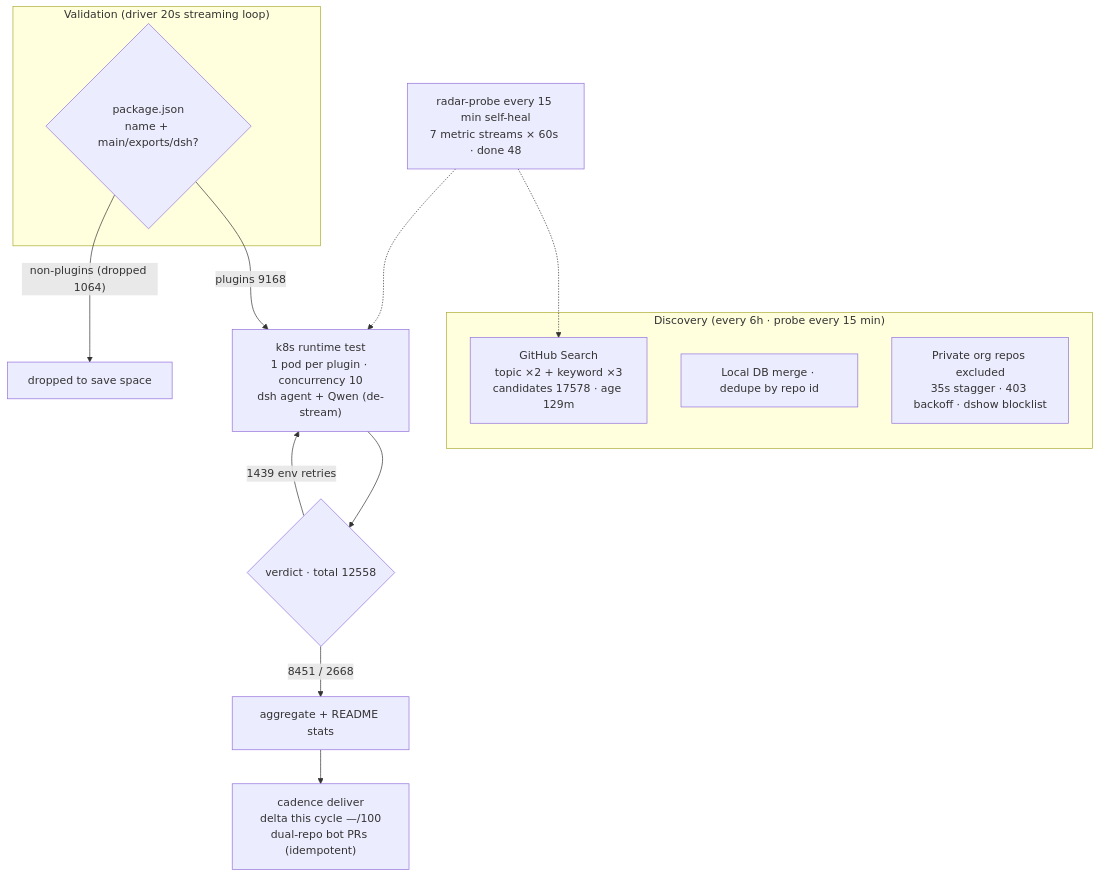
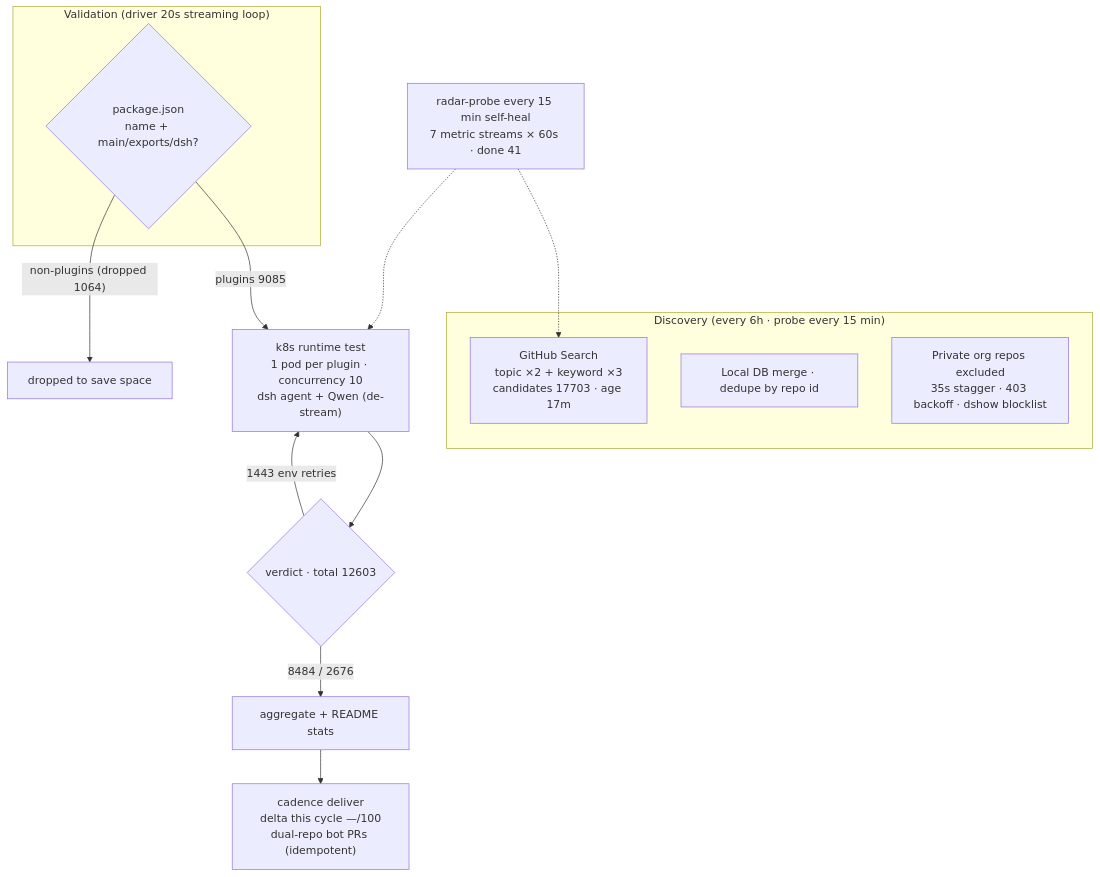
One commit to Zhidao-Lab-OSS/awesome-dsh-plugins changed the diagram in README.en-US.md. Above: the diagram before and after it, drawn with Mermaid. The commit also changed other lines of this file and 1 other file, not shown here.

````diff
--- a/README.en-US.md
+++ b/README.en-US.md
@@ -45,20 +45,20 @@
 ```mermaid
 flowchart TB
     subgraph Discovery["Discovery (every 6h · probe every 15 min)"]
-        A1["GitHub Search<br/>topic ×2 + keyword ×3<br/>candidates 17578 · age 129m"]
+        A1["GitHub Search<br/>topic ×2 + keyword ×3<br/>candidates 17703 · age 17m"]
         A2["Local DB merge · dedupe by repo id"]
         A3["Private org repos excluded<br/>35s stagger · 403 backoff · dshow blocklist"]
     end
     subgraph Validation["Validation (driver 20s streaming loop)"]
         B1{"package.json<br/>name + main/exports/dsh?"}
     end
-    B1 -->|"plugins 9168"| C1["k8s runtime test<br/>1 pod per plugin · concurrency 10<br/>dsh agent + Qwen (de-stream)"]
+    B1 -->|"plugins 9085"| C1["k8s runtime test<br/>1 pod per plugin · concurrency 10<br/>dsh agent + Qwen (de-stream)"]
     B1 -->|"non-plugins (dropped 1064)"| B3["dropped to save space"]
-    C1 --> D1{"verdict · total 12558"}
-    D1 -->|"8451 / 2668"| E1["aggregate + README stats"]
-    D1 -->|"1439 env retries"| C1
+    C1 --> D1{"verdict · total 12603"}
+    D1 -->|"8484 / 2676"| E1["aggregate + README stats"]
+    D1 -->|"1443 env retries"| C1
     E1 --> E2["cadence deliver<br/>delta this cycle —/100<br/>dual-repo bot PRs (idempotent)"]
-    M["radar-probe every 15 min self-heal<br/>7 metric streams × 60s · done 48"]
+    M["radar-probe every 15 min self-heal<br/>7 metric streams × 60s · done 41"]
     M -.-> A1
     M -.-> C1
 ```
````
